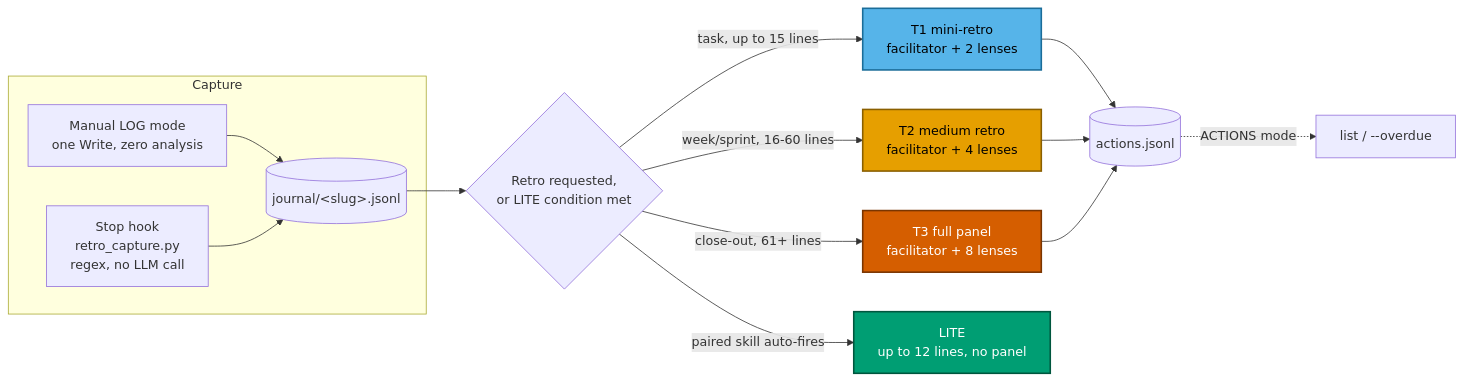
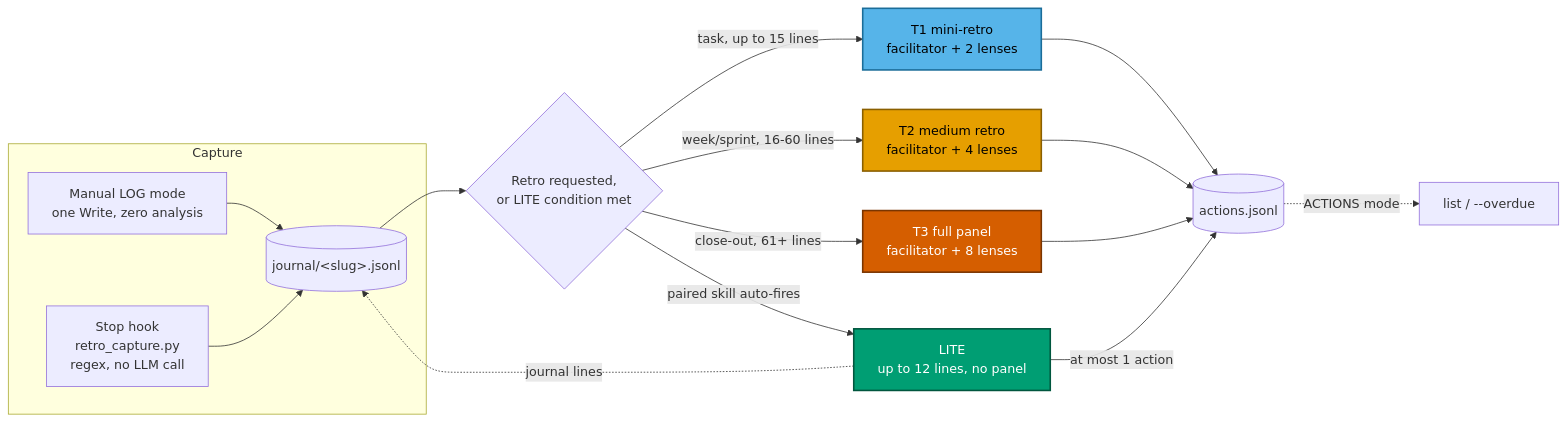
Before and after one commit to AdiMendelowitz/instrumented_skills: the diagram in retrospective/README.md, drawn with Mermaid. The commit also changed other lines of this file and 23 other files, not shown here.

````diff
--- a/retrospective/README.md
+++ b/retrospective/README.md
@@ -38,25 +38,27 @@
 ```mermaid
 flowchart LR
     subgraph Capture
     M[Manual LOG mode<br/>one Write, zero analysis] --> J[(journal/&lt;slug&gt;.jsonl)]
     H[Stop hook<br/>retro_capture.py<br/>regex, no LLM call] --> J
     end
     J --> Trigger{Retro requested,<br/>or LITE condition met}
     Trigger -->|task, up to 15 lines| T1[T1 mini-retro<br/>facilitator + 2 lenses]
     Trigger -->|week/sprint, 16-60 lines| T2[T2 medium retro<br/>facilitator + 4 lenses]
     Trigger -->|close-out, 61+ lines| T3[T3 full panel<br/>facilitator + 8 lenses]
     Trigger -->|paired skill auto-fires| LITE[LITE<br/>up to 12 lines, no panel]
+    LITE -.->|journal lines| J
+    LITE -->|at most 1 action| AJ
     T1 --> AJ[(actions.jsonl)]
     T2 --> AJ
     T3 --> AJ
     AJ -.->|ACTIONS mode| Q[list / --overdue]
 
     classDef t1 fill:#56B4E9,stroke:#1b6d99,stroke-width:2px,color:#000
     classDef t2 fill:#E69F00,stroke:#8a5f00,stroke-width:2px,color:#000
     classDef t3 fill:#D55E00,stroke:#7a3500,stroke-width:2px,color:#fff
     classDef lite fill:#009E73,stroke:#00563e,stroke-width:2px,color:#fff
     class T1 t1
     class T2 t2
     class T3 t3
     class LITE lite
 ```
````
